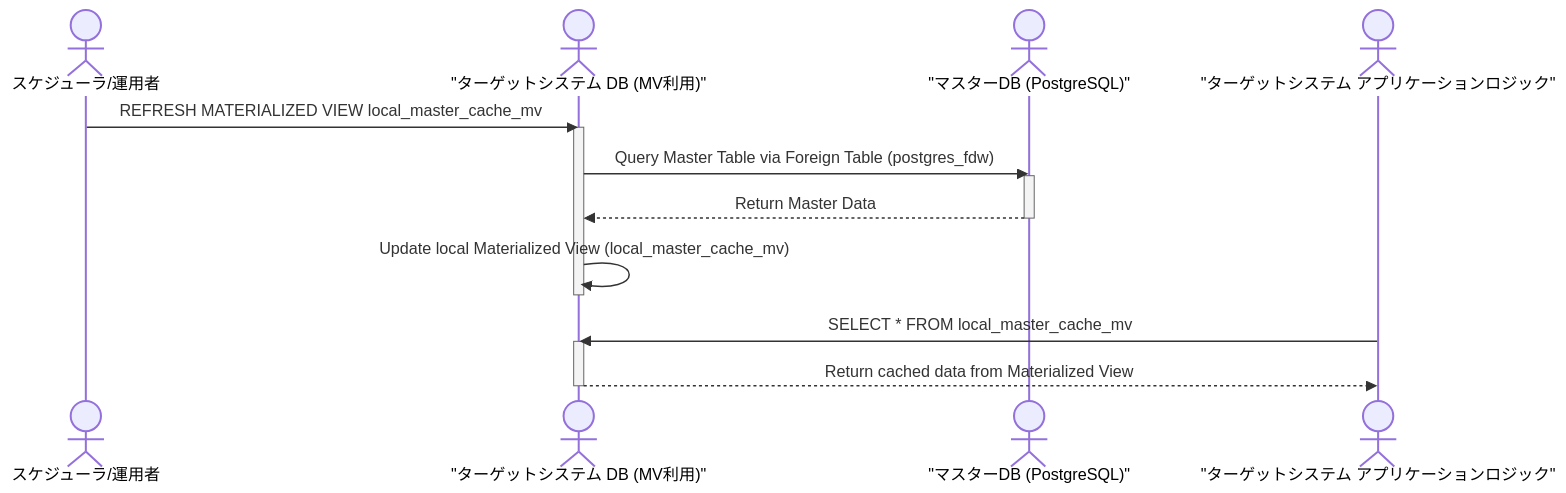
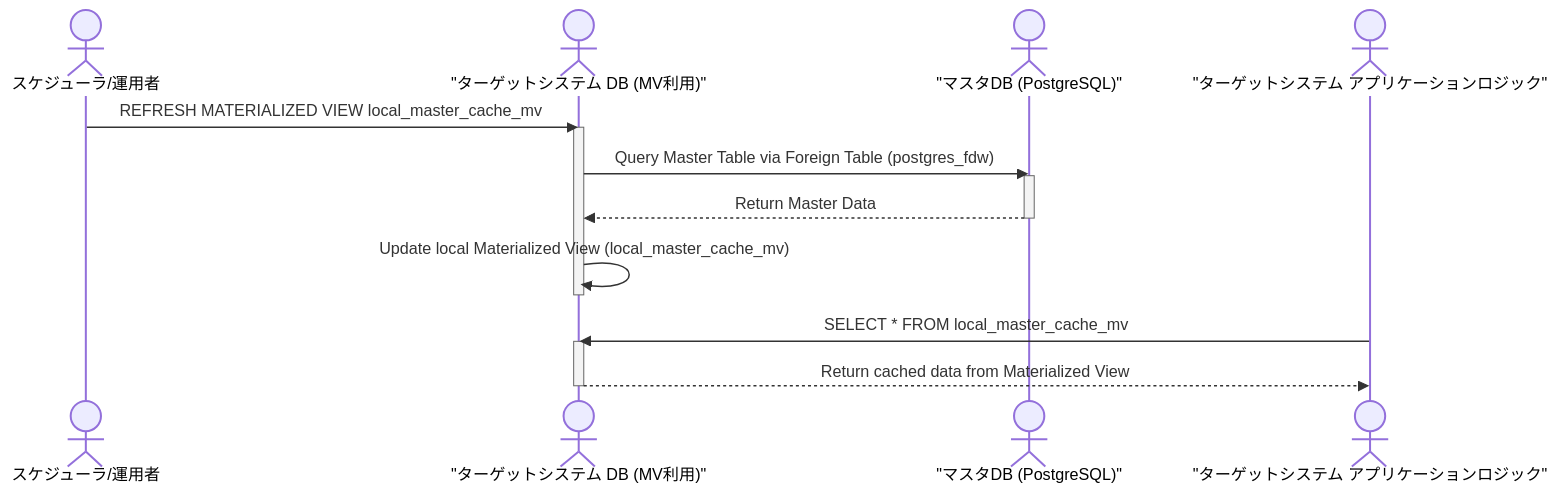
Before and after one commit to future-architect/arch-guidelines: the first of 6 diagrams in documents/forIF/if_guidelines.md, drawn with Mermaid. The commit also changed other lines of this file, not shown here.

````diff
--- a/documents/forIF/if_guidelines.md
+++ b/documents/forIF/if_guidelines.md
@@ -143,25 +143,25 @@
 ```mermaid
 sequenceDiagram
   actor Scheduler/Operator as スケジューラ/運用者
   actor TargetSystemDB as "ターゲットシステム DB (MV利用)"
-  actor MasterDB as "マスターDB (PostgreSQL)"
+  actor MasterDB as "マスタDB (PostgreSQL)"
   actor TargetApplication as "ターゲットシステム アプリケーションロジック"
 
   Scheduler/Operator->>TargetSystemDB: REFRESH MATERIALIZED VIEW local_master_cache_mv;
   activate TargetSystemDB
 
   TargetSystemDB->>MasterDB: Query Master Table via Foreign Table (postgres_fdw)
   activate MasterDB
 
   MasterDB-->>TargetSystemDB: Return Master Data
   deactivate MasterDB
 
   TargetSystemDB->>TargetSystemDB: Update local Materialized View (local_master_cache_mv)
   deactivate TargetSystemDB
 
   TargetApplication->>TargetSystemDB: SELECT * FROM local_master_cache_mv;
   activate TargetSystemDB
 
   TargetSystemDB-->>TargetApplication: Return cached data from Materialized View
   deactivate TargetSystemDB
 ```
````
